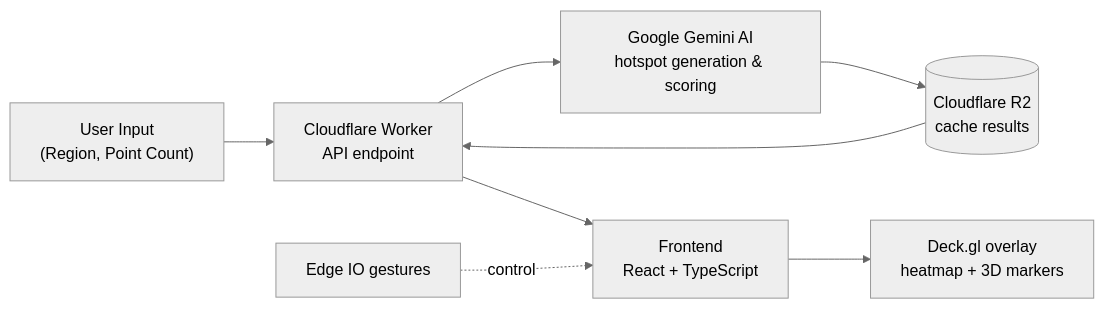
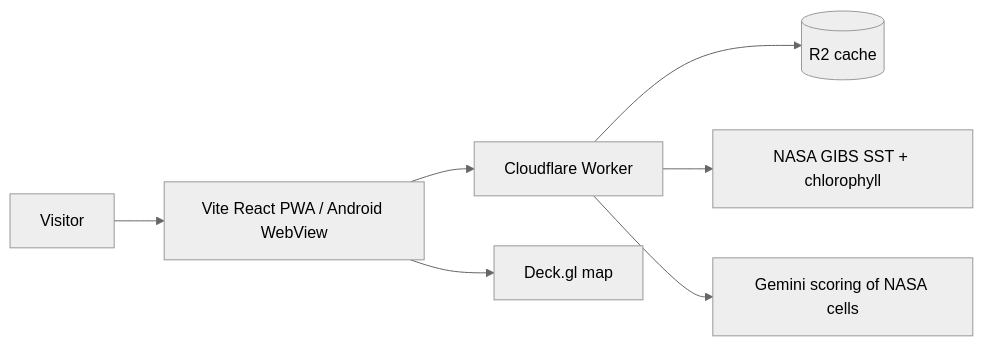
Before and after one commit to gunnchOS3k/FINDS-Sharks-From-Space: the diagram in README.md, drawn with Mermaid (neutral theme). The commit also changed other lines of this file and 47 other files, not shown here.

First line of the commit message:
Document architecture, NASA provenance, UML, CI, and recruiter-facing README.

````diff
--- a/README.md
+++ b/README.md
@@ -19,10 +77,9 @@
 ```mermaid
 flowchart LR
-  U["User Input<br/>(Region, Point Count)"] --> W["Cloudflare Worker<br/>API endpoint"]
-  W --> AI["Google Gemini AI<br/>hotspot generation & scoring"]
-  AI --> R2[(Cloudflare R2<br/>cache results)]
-  R2 --> W
-  W --> F["Frontend<br/>React + TypeScript"]
-  F --> D["Deck.gl overlay<br/>heatmap + 3D markers"]
-  E["Edge IO gestures"] -.control.-> F
+  U[Visitor] --> UI[Vite React PWA / Android WebView]
+  UI --> W[Cloudflare Worker]
+  W --> R2[(R2 cache)]
+  W --> NASA[NASA GIBS SST + chlorophyll]
+  W --> G[Gemini scoring of NASA cells]
+  UI --> MAP[Deck.gl map]
 ```
````
